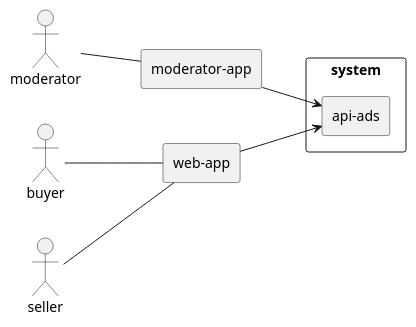
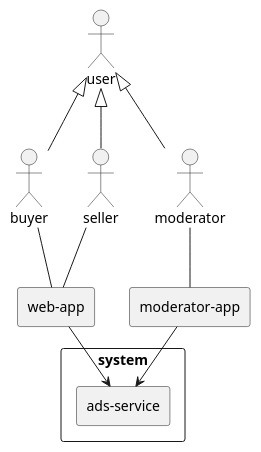
Before and after one commit to jesusfar/classified-ads-example: the diagram in src/Uml/system-environment.puml, drawn with PlantUML.

Commit message:
Update system environment use case

```diff
--- a/src/Uml/system-environment.puml
+++ b/src/Uml/system-environment.puml
@@ -1,23 +1,29 @@
 @startuml
-left to right direction
+top to bottom direction
 skinparam packageStyle rectangle
+
+actor user
 actor buyer
 actor seller
 actor moderator
+
+user <|-- buyer
+user <|-- seller
+user <|-- moderator
 
 buyer -- (web-app)
 seller -- (web-app)
 moderator -- (moderator-app)
 rectangle system {
-    (web-app) -down-> (api-ads)
-    (moderator-app) -down-> (api-ads)
+    (web-app) -down-> (ads-service)
+    (moderator-app) -down-> (ads-service)
     rectangle web-app {
     }
 
-    rectangle api-ads {
+    rectangle ads-service {
     }
 
     rectangle moderator-app {
     }
 }
 @enduml
```
